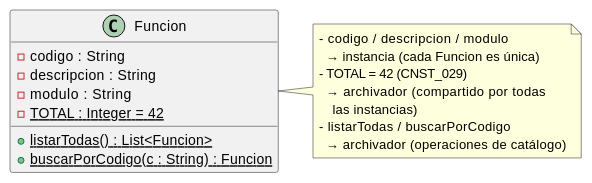
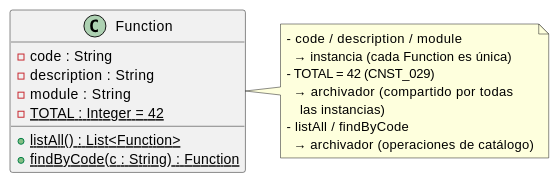
The diagram in source/requisitos/_metodologia-aplicacion/agregacion-interfaces/catalogo-de-funciones-instancia-compartida.rst (jcg-admin/IACT-docs), drawn with PlantUML before and after one commit. The commit also changed 9 other files, not shown here.

```diff
--- a/source/requisitos/_metodologia-aplicacion/agregacion-interfaces/catalogo-de-funciones-instancia-compartida.rst
+++ b/source/requisitos/_metodologia-aplicacion/agregacion-interfaces/catalogo-de-funciones-instancia-compartida.rst
@@ -4,23 +4,23 @@
 .. uml::
 
    @startuml
    allowmixing
 
-   class Funcion {
-     - codigo : String
-     - descripcion : String
-     - modulo : String
+   class Function {
+     - code : String
+     - description : String
+     - module : String
      {static} - TOTAL : Integer = 42
-     {static} + listarTodas() : List<Funcion>
-     {static} + buscarPorCodigo(c : String) : Funcion
+     {static} + listAll() : List<Function>
+     {static} + findByCode(c : String) : Function
    }
-   note right of Funcion
-     - codigo / descripcion / modulo
-       → instancia (cada Funcion es única)
+   note right of Function
+     - code / description / module
+       → instancia (cada Function es única)
      - TOTAL = 42 (CNST_029)
        → archivador (compartido por todas
          las instancias)
-     - listarTodas / buscarPorCodigo
+     - listAll / findByCode
        → archivador (operaciones de catálogo)
    end note
    @enduml
```
